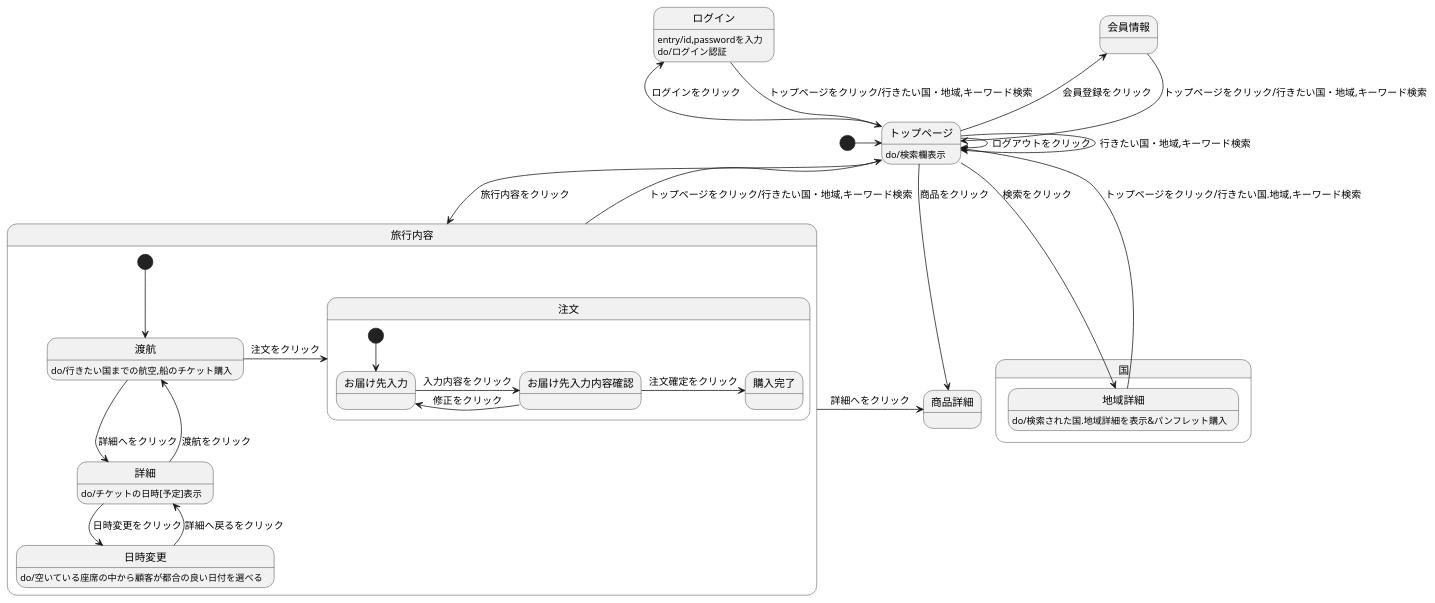
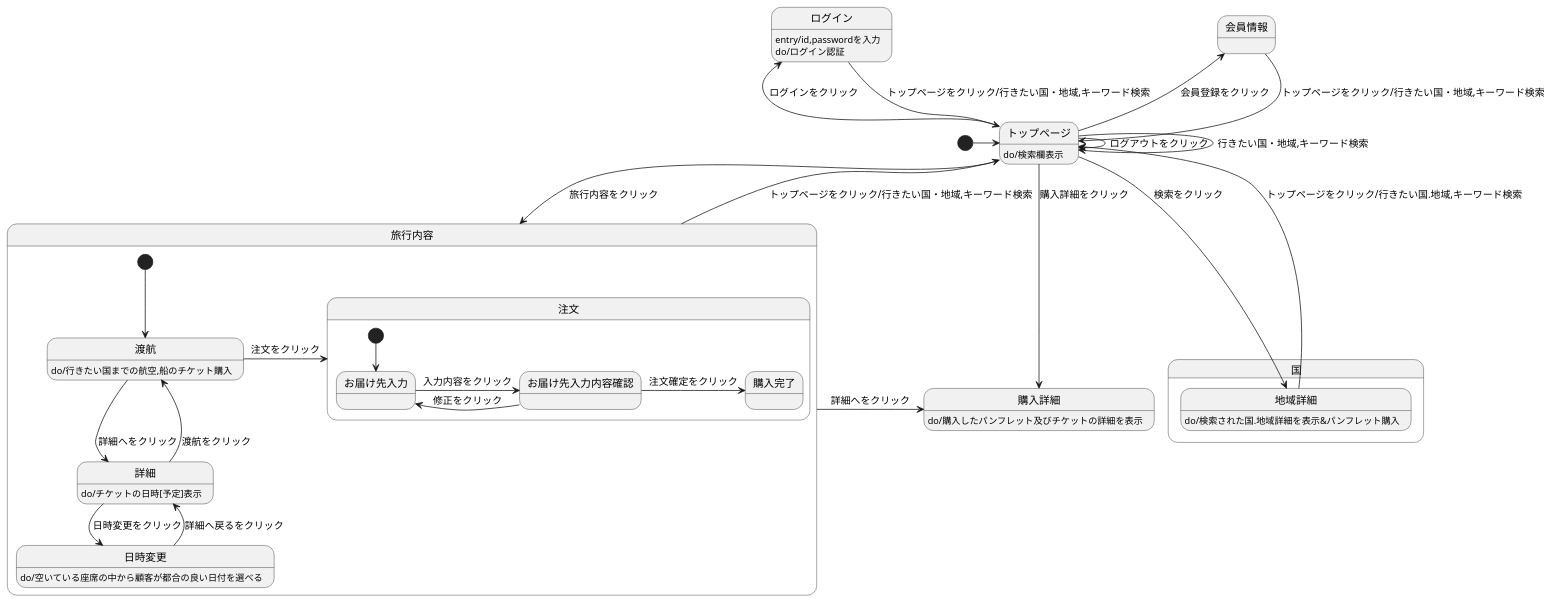
The diagram in kadai8.md (Aso2001195/2021sys-design), drawn with PlantUML before and after one commit.

````diff
--- a/kadai8.md
+++ b/kadai8.md
@@ -1,39 +1,40 @@
 ```uml
 @startuml
 [*] -> トップページ
 会員情報 --> トップページ :トップページをクリック/行きたい国・地域,キーワード検索
 ログイン --> トップページ :トップページをクリック/行きたい国・地域,キーワード検索
 ログイン :entry/id,passwordを入力
 ログイン :do/ログイン認証
 トップページ -> トップページ :ログアウトをクリック
 トップページ -> トップページ :行きたい国・地域,キーワード検索
 国.地域詳細 -->トップページ :トップページをクリック/行きたい国.地域,キーワード検索
 国.地域詳細 :do/検索された国.地域詳細を表示&パンフレット購入
 トップページ --> 国.地域詳細 :検索をクリック
-トップページ -> 商品詳細 :商品をクリック
+トップページ -> 購入詳細 :購入詳細をクリック
 トップページ -left-> 会員情報 :会員登録をクリック
 トップページ -left-> ログイン :ログインをクリック
 トップページ -> 旅行内容 :旅行内容をクリック
 トップページ : do/検索欄表示
 旅行内容 -up-> トップページ :トップページをクリック/行きたい国・地域,キーワード検索
-旅行内容 ->商品詳細 :詳細へをクリック
+旅行内容 ->購入詳細 :詳細へをクリック
+購入詳細 :do/購入したパンフレット及びチケットの詳細を表示
 
 state 旅行内容{
 [*] --> 渡航
 渡航 -> 注文 :注文をクリック
 渡航 :do/行きたい国までの航空,船のチケット購入
 渡航 -> 詳細 :詳細へをクリック
 詳細 :do/チケットの日時[予定]表示
 詳細--> 日時変更 :日時変更をクリック
 日時変更 :do/空いている座席の中から顧客が都合の良い日付を選べる
 日時変更 --> 詳細 :詳細へ戻るをクリック
 詳細--> 渡航 :渡航をクリック
 state 注文{
  [*] --> お届け先入力
  お届け先入力 -> お届け先入力内容確認 :入力内容をクリック
  お届け先入力内容確認 -> お届け先入力 :修正をクリック
  お届け先入力内容確認 -> 購入完了 :注文確定をクリック
  }
 }
 @enduml
 ```
````
